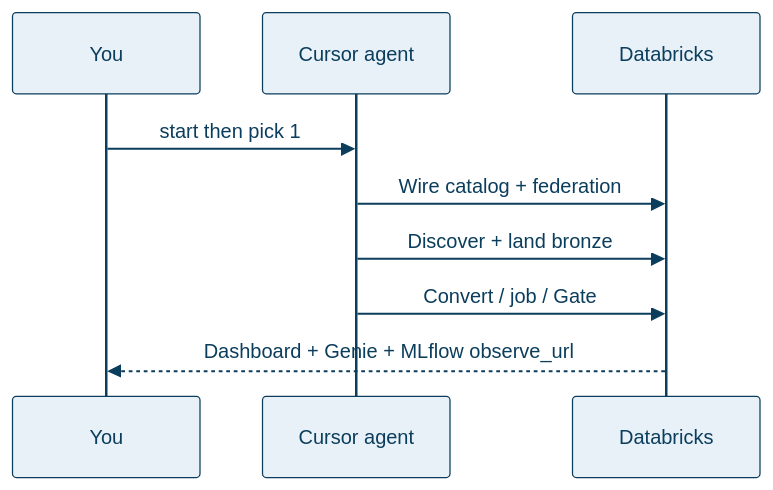
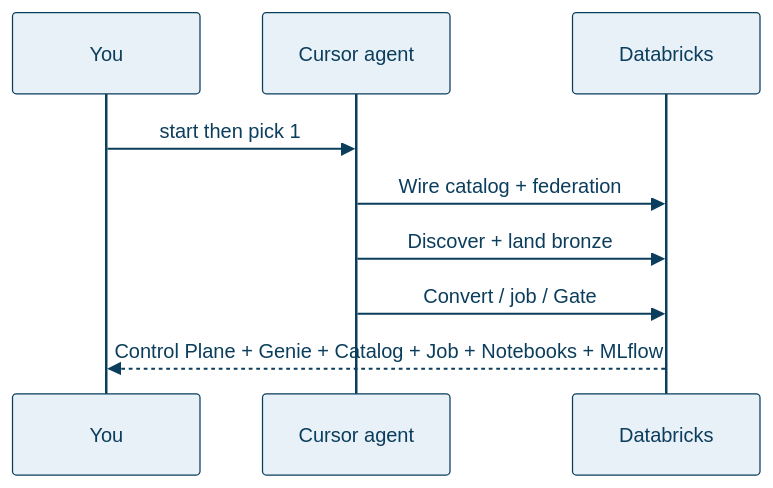
One commit to Jericho2010/edwmigration changed the diagram in README.md. Above: the diagram before and after it, drawn with Mermaid. The commit also changed other lines of this file and 44 other files, not shown here.

````diff
--- a/README.md
+++ b/README.md
@@ -55,12 +55,12 @@
 ```mermaid
 %%{init: {"theme":"base","themeVariables":{"primaryColor":"#E8F1F8","primaryTextColor":"#0B3D5C","primaryBorderColor":"#0B3D5C","lineColor":"#5B7A8C","secondaryColor":"#E6F4F1","tertiaryColor":"#F7F3EA","background":"#FFFFFF","mainBkg":"#E8F1F8","clusterBkg":"#F7FAFC","clusterBorder":"#5B7A8C","titleColor":"#0B3D5C","edgeLabelBackground":"#FFFFFF"}}}%%
 sequenceDiagram
   participant You
   participant Agent as Cursor agent
   participant DBX as Databricks
   You->>Agent: start then pick 1
   Agent->>DBX: Wire catalog + federation
   Agent->>DBX: Discover + land bronze
   Agent->>DBX: Convert / job / Gate
-  DBX-->>You: Dashboard + Genie + MLflow observe_url
+  DBX-->>You: Control Plane + Genie + Catalog + Job + Notebooks + MLflow
 ```
````
